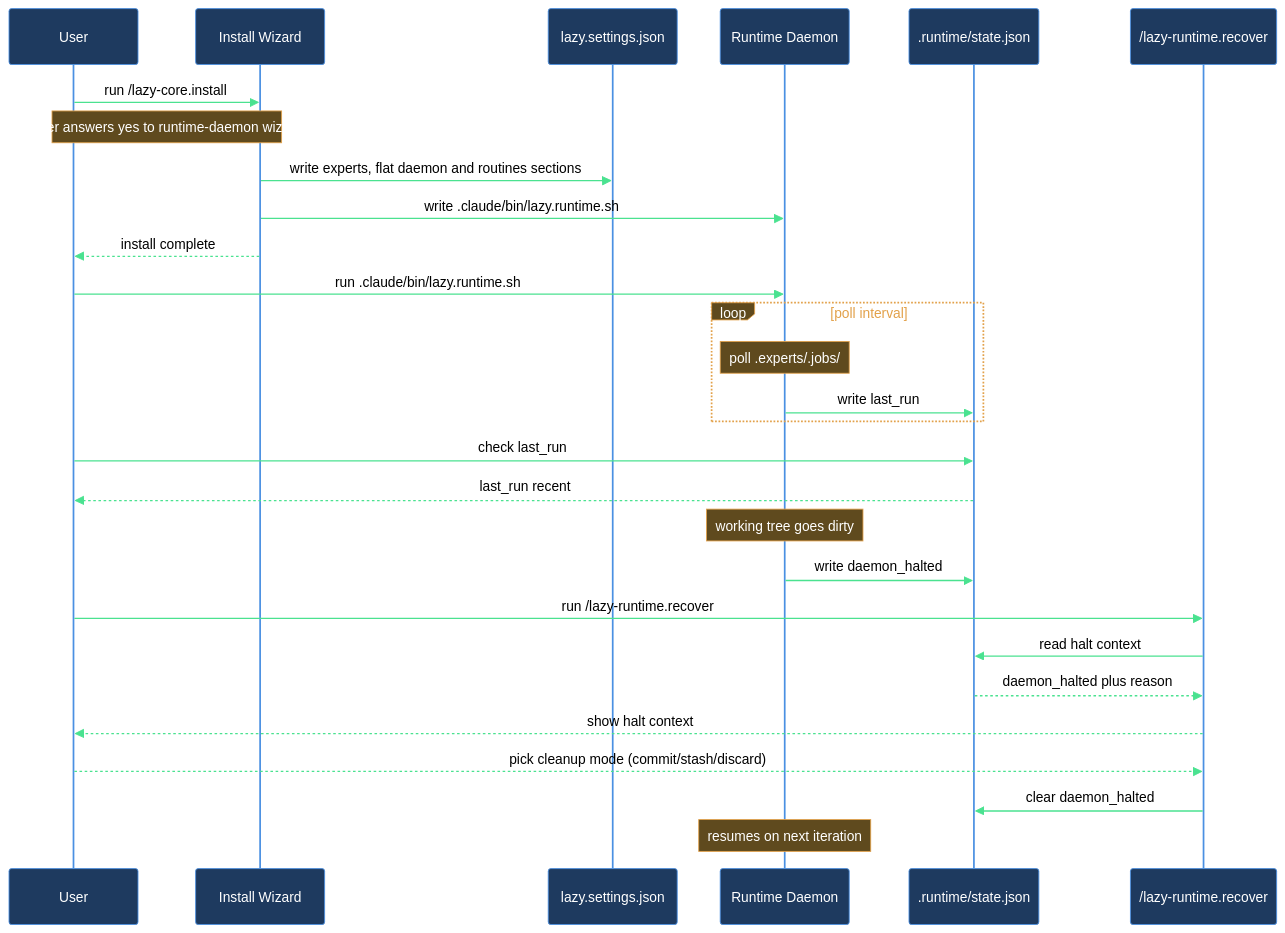
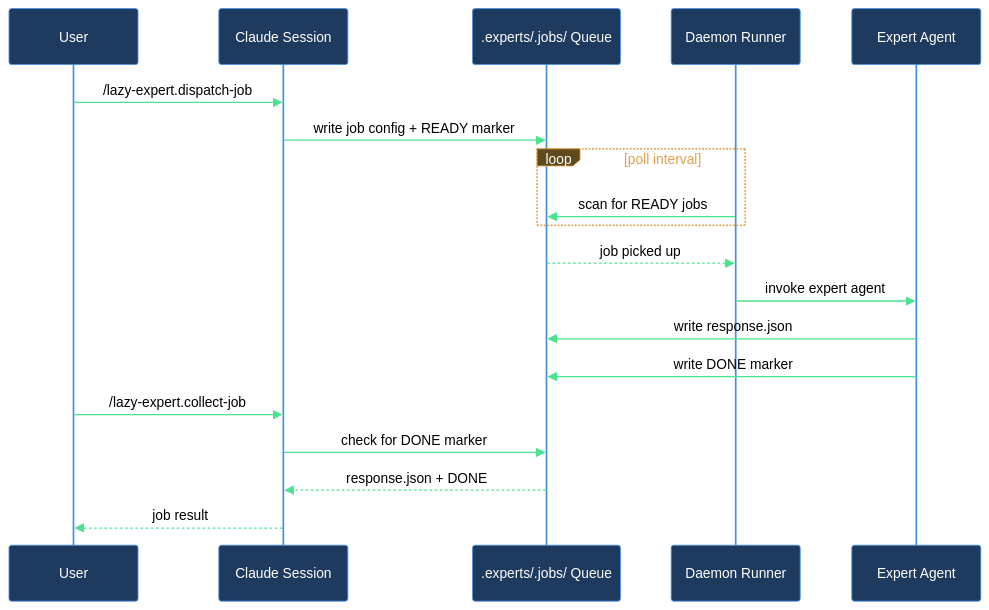
The diagram in claude/lazycortex-core/help/walkthroughs/setup-runtime.md (mebius-san/lazy-cortex), drawn with Mermaid before and after one commit. The commit also changed other lines of this file and 65 other files, not shown here.

First line of the commit message:
release core 5.12.0, observe 0.4.0, specs 3.1.0, experts 0.6.0

````diff
--- a/claude/lazycortex-core/help/walkthroughs/setup-runtime.md
+++ b/claude/lazycortex-core/help/walkthroughs/setup-runtime.md
@@ -78,32 +80,23 @@
 ```mermaid
 %%{init: {'themeVariables':{'background':'transparent','primaryColor':'#1e3a5f','primaryBorderColor':'#4a90e2','primaryTextColor':'#fff','lineColor':'#4ae290','actorBkg':'#1e3a5f','actorBorder':'#4a90e2','actorTextColor':'#fff','actorLineColor':'#4a90e2','signalColor':'#4ae290','signalTextColor':'#000','noteBkgColor':'#5f4a1e','noteBorderColor':'#e2a14a','noteTextColor':'#fff','labelBoxBkgColor':'#5f4a1e','labelBoxBorderColor':'#e2a14a','labelTextColor':'#fff','loopTextColor':'#e2a14a'},'sequence':{'diagramPadding':5,'useMaxWidth':true}}}%%
 sequenceDiagram
   participant user as User
-  participant installWizard as Install Wizard
-  participant settingsFile as lazy.settings.json
-  participant daemon as Runtime Daemon
-  participant runtimeState as .runtime/state.json
-  participant recoverSkill as /lazy-runtime.recover
+  participant claudeSession as Claude Session
+  participant jobsQueue as .experts/.jobs/ Queue
+  participant daemon as Daemon Runner
+  participant expertAgent as Expert Agent
 
-  user->>installWizard: run /lazy-core.install
-  Note over user,installWizard: user answers yes to runtime-daemon wizard
-  installWizard->>settingsFile: write experts, flat daemon and routines sections
-  installWizard->>daemon: write .claude/bin/lazy.runtime.sh
-  installWizard-->>user: install complete
-  user->>daemon: run .claude/bin/lazy.runtime.sh
+  user->>claudeSession: /lazy-expert.dispatch-job
+  claudeSession->>jobsQueue: write job config + READY marker
   loop poll interval
-    Note over daemon: poll .experts/.jobs/
-    daemon->>runtimeState: write last_run
+    daemon->>jobsQueue: scan for READY jobs
   end
-  user->>runtimeState: check last_run
-  runtimeState-->>user: last_run recent
-  Note over daemon: working tree goes dirty
-  daemon->>runtimeState: write daemon_halted
-  user->>recoverSkill: run /lazy-runtime.recover
-  recoverSkill->>runtimeState: read halt context
-  runtimeState-->>recoverSkill: daemon_halted plus reason
-  recoverSkill-->>user: show halt context
-  user-->>recoverSkill: pick cleanup mode (commit/stash/discard)
-  recoverSkill->>runtimeState: clear daemon_halted
-  Note over daemon: resumes on next iteration
+  jobsQueue-->>daemon: job picked up
+  daemon->>expertAgent: invoke expert agent
+  expertAgent->>jobsQueue: write response.json
+  expertAgent->>jobsQueue: write DONE marker
+  user->>claudeSession: /lazy-expert.collect-job
+  claudeSession->>jobsQueue: check for DONE marker
+  jobsQueue-->>claudeSession: response.json + DONE
+  claudeSession-->>user: job result
 ```
````
